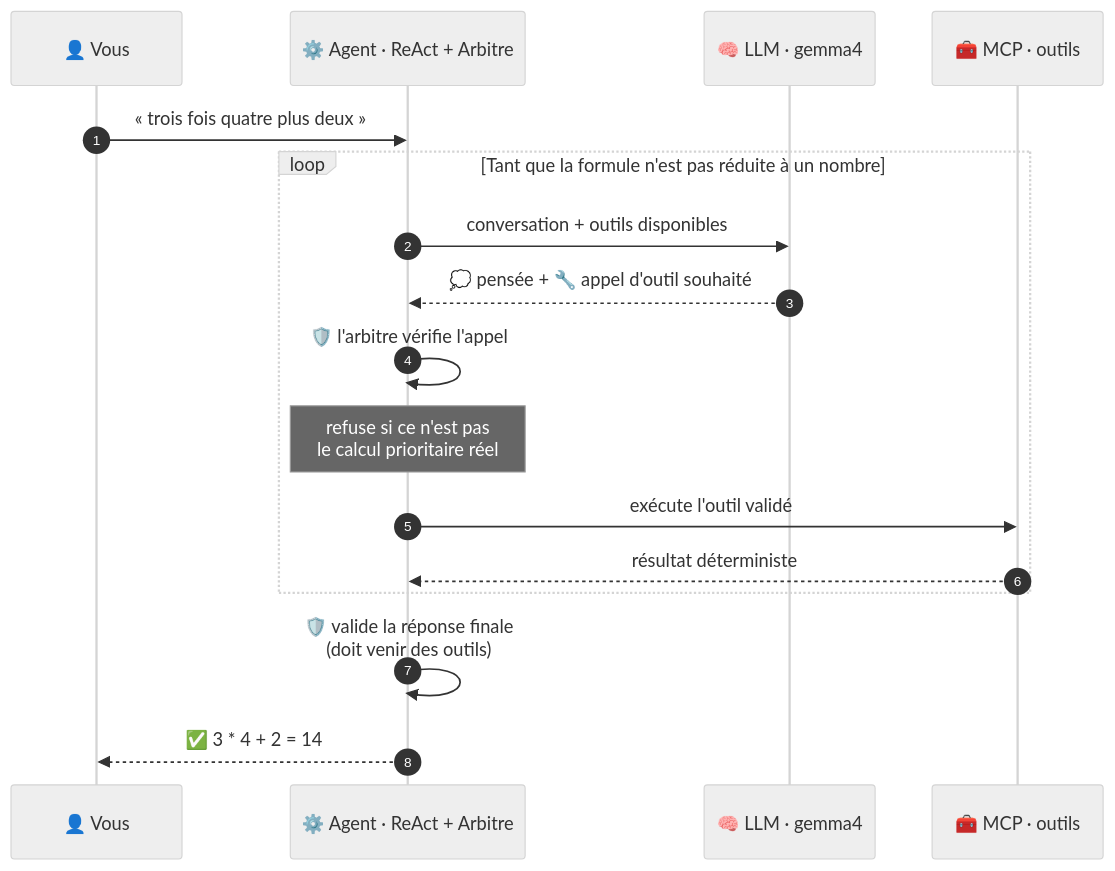
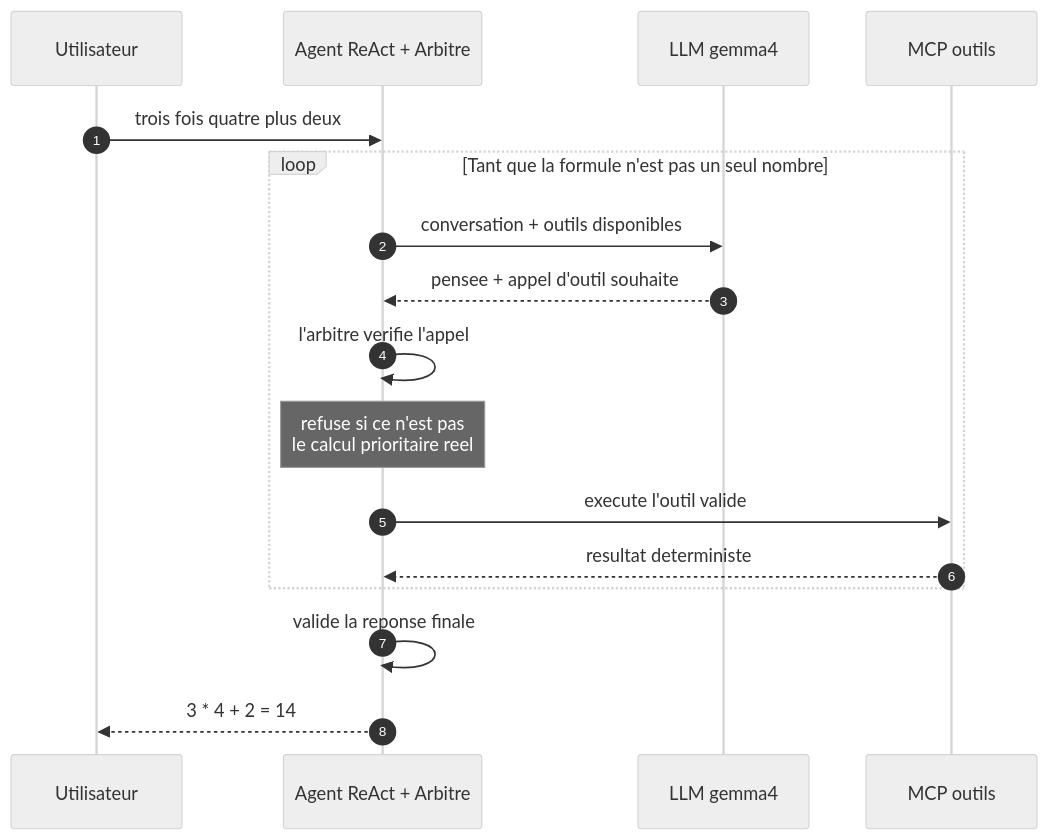
One commit to floSa/MCP_maison changed the second of 2 diagrams in README.md. Above: the diagram before and after it, drawn with Mermaid (neutral theme). The commit also changed other lines of this file and 10 other files, not shown here.

````diff
--- a/README.md
+++ b/README.md
@@ -46,20 +55,20 @@
 ```mermaid
 sequenceDiagram
     autonumber
-    participant U as 👤 Vous
-    participant A as ⚙️ Agent · ReAct + Arbitre
-    participant L as 🧠 LLM · gemma4
-    participant M as 🧰 MCP · outils
+    participant U as Utilisateur
+    participant A as Agent ReAct + Arbitre
+    participant L as LLM gemma4
+    participant M as MCP outils
 
-    U->>A: « trois fois quatre plus deux »
-    loop Tant que la formule n'est pas réduite à un nombre
+    U->>A: trois fois quatre plus deux
+    loop Tant que la formule n'est pas un seul nombre
         A->>L: conversation + outils disponibles
-        L-->>A: 💭 pensée + 🔧 appel d'outil souhaité
-        A->>A: 🛡️ l'arbitre vérifie l'appel
-        Note over A: refuse si ce n'est pas<br/>le calcul prioritaire réel
-        A->>M: exécute l'outil validé
-        M-->>A: résultat déterministe
+        L-->>A: pensee + appel d'outil souhaite
+        A->>A: l'arbitre verifie l'appel
+        Note over A: refuse si ce n'est pas<br/>le calcul prioritaire reel
+        A->>M: execute l'outil valide
+        M-->>A: resultat deterministe
     end
-    A->>A: 🛡️ valide la réponse finale<br/>(doit venir des outils)
-    A-->>U: ✅ 3 * 4 + 2 = 14
+    A->>A: valide la reponse finale
+    A-->>U: 3 * 4 + 2 = 14
 ```
````
